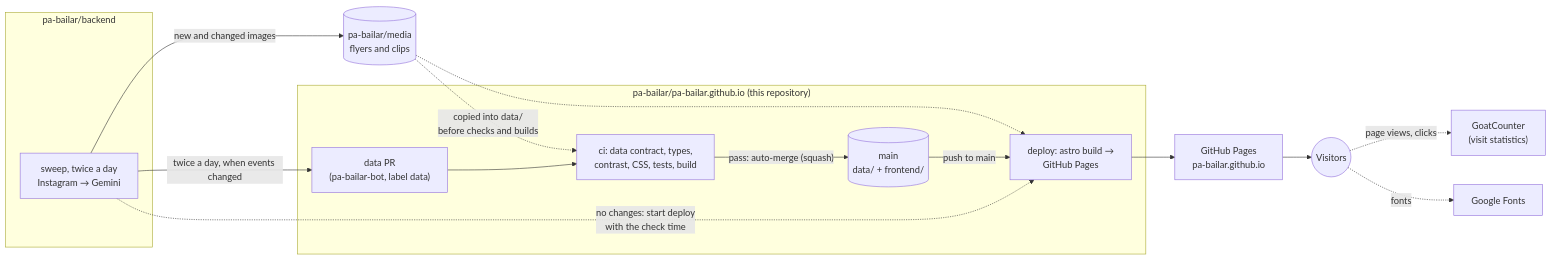
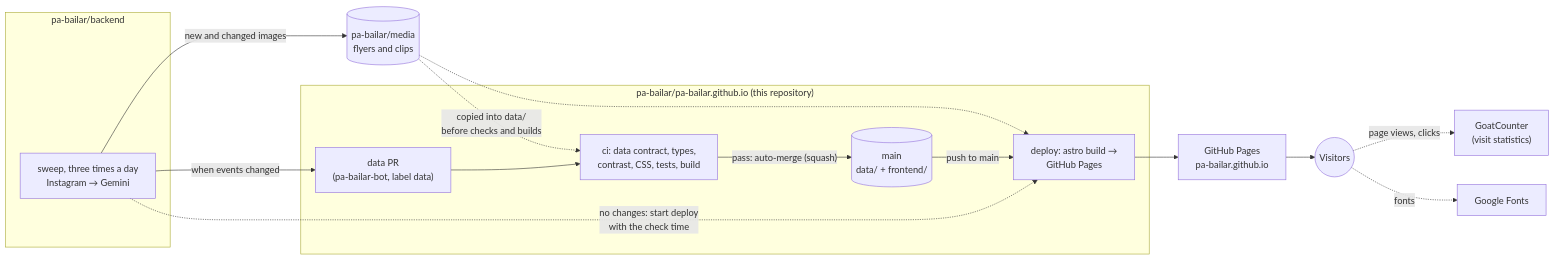
The first of 9 diagrams in docs/ARCHITECTURE.md (pa-bailar/pa-bailar.github.io), drawn with Mermaid before and after one commit. The commit also changed other lines of this file and 3 other files, not shown here.

````diff
--- a/docs/ARCHITECTURE.md
+++ b/docs/ARCHITECTURE.md
@@ -38,30 +38,30 @@
 ```mermaid
 flowchart LR
     subgraph Backend["pa-bailar/backend"]
-        SW["sweep, twice a day<br/>Instagram → Gemini"]
+        SW["sweep, three times a day<br/>Instagram → Gemini"]
     end
 
     MEDIA[("pa-bailar/media<br/>flyers and clips")]
 
     subgraph Repo["pa-bailar/pa-bailar.github.io (this repository)"]
         PR["data PR<br/>(pa-bailar-bot, label data)"]
         CI["ci: data contract, types,<br/>contrast, CSS, tests, build"]
         MAIN[("main<br/>data/ + frontend/")]
         DEP["deploy: astro build →<br/>GitHub Pages"]
     end
 
     PAGES["GitHub Pages<br/>pa-bailar.github.io"]
     VIS(("Visitors"))
     GC["GoatCounter<br/>(visit statistics)"]
     GF["Google Fonts"]
 
-    SW -- "twice a day, when events changed" --> PR
+    SW -- "when events changed" --> PR
     SW -- "new and changed images" --> MEDIA
     MEDIA -. "copied into data/<br/>before checks and builds" .-> CI
     MEDIA -.-> DEP
     PR --> CI -- "pass: auto-merge (squash)" --> MAIN
     MAIN -- "push to main" --> DEP --> PAGES --> VIS
     SW -. "no changes: start deploy<br/>with the check time" .-> DEP
     VIS -. "page views, clicks" .-> GC
     VIS -. "fonts" .-> GF
 ```
````
